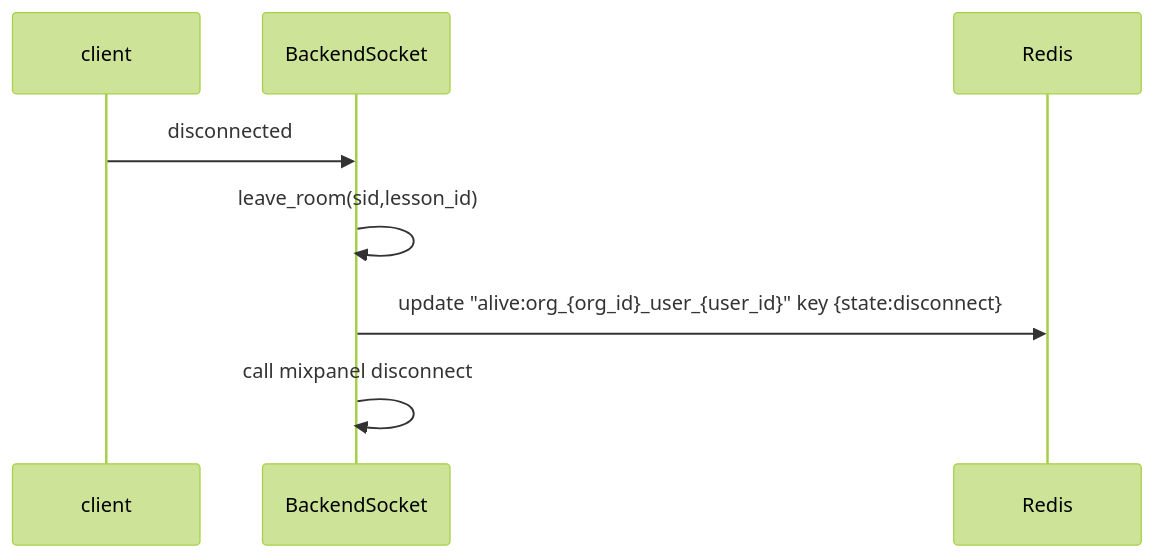
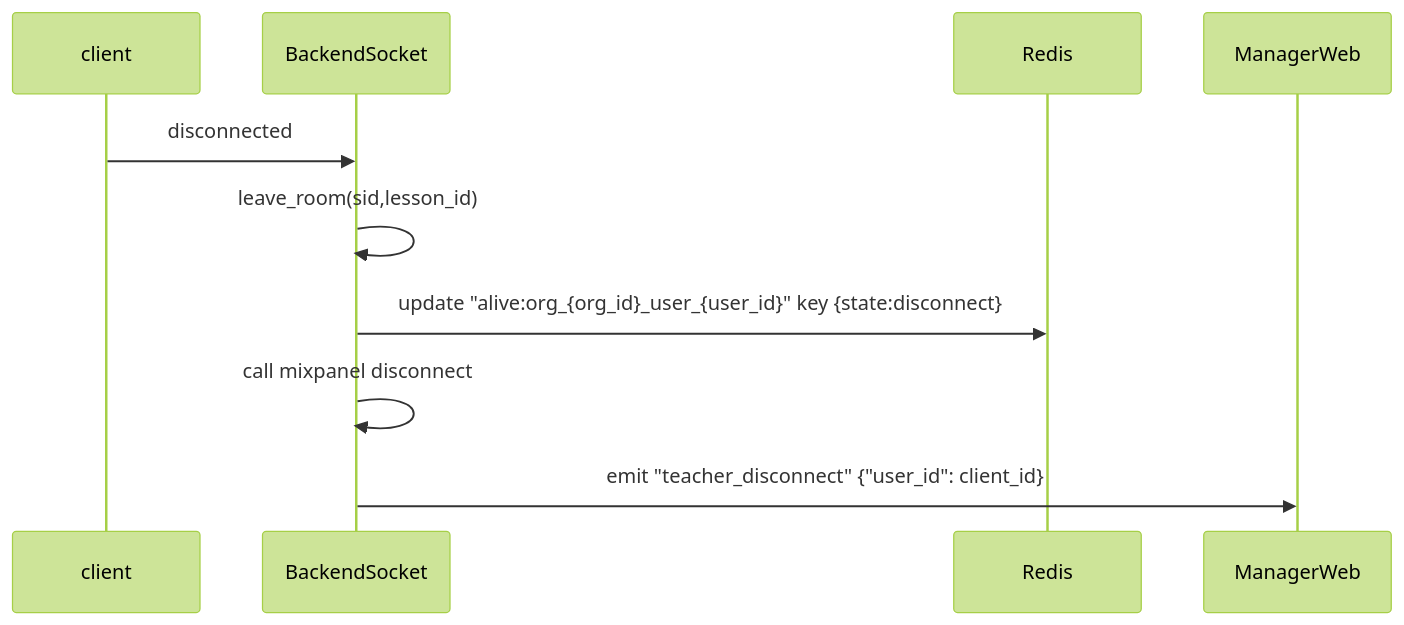
One commit to claire0613/ocelot_docs changed the tenth of 16 diagrams in socket_event.md. Above: the diagram before and after it, drawn with Mermaid (forest theme). The commit also changed other lines of this file and 4 other files, not shown here.

````diff
--- a/socket_event.md
+++ b/socket_event.md
@@ -84,12 +220,16 @@
-```mermaid
-sequenceDiagram
+  ```mermaid
+  sequenceDiagram
 
-    participant A as client
-    participant B as BackendSocket
-    participant R as Redis
-    A->>B: disconnected
-    B->>B: leave_room(sid,lesson_id)
-    B->>R: update "alive:org_{org_id}_user_{user_id}" key {state:disconnect}
-    B->>B:call mixpanel disconnect
+      participant A as client
+      participant B as BackendSocket
+      participant R as Redis
+      participant M as ManagerWeb
 
-```
+
+      A->>B: disconnected
+      B->>B: leave_room(sid,lesson_id)
+      B->>R: update "alive:org_{org_id}_user_{user_id}" key {state:disconnect}
+      B->>B:call mixpanel disconnect
+      B->>M: emit "teacher_disconnect"  {"user_id": client_id}
+
+  ```
````
